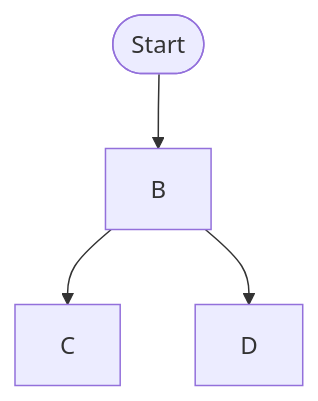
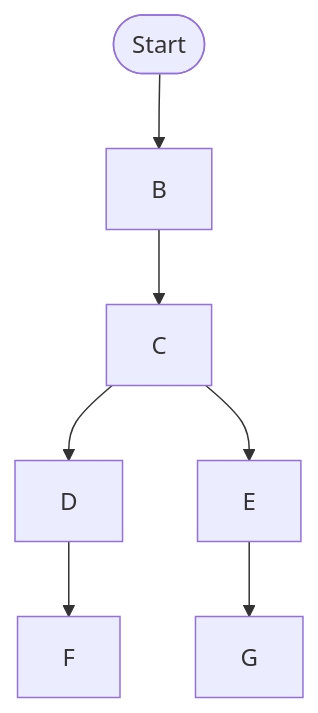
The diagram in Guessing.md (caelliott2552/caelliott2552.github.io), drawn with Mermaid before and after one commit.

Commit message:
Update Guessing.md
More logic flow testing.

````diff
--- a/Guessing.md
+++ b/Guessing.md
@@ -1,6 +1,9 @@
 ```mermaid
 graph TD;
     A([Start])-->B;
     B-->C;
-    B-->D;
+    C-->D;
+    C-->E;
+    D-->F;
+    E-->G;
 ```
````
